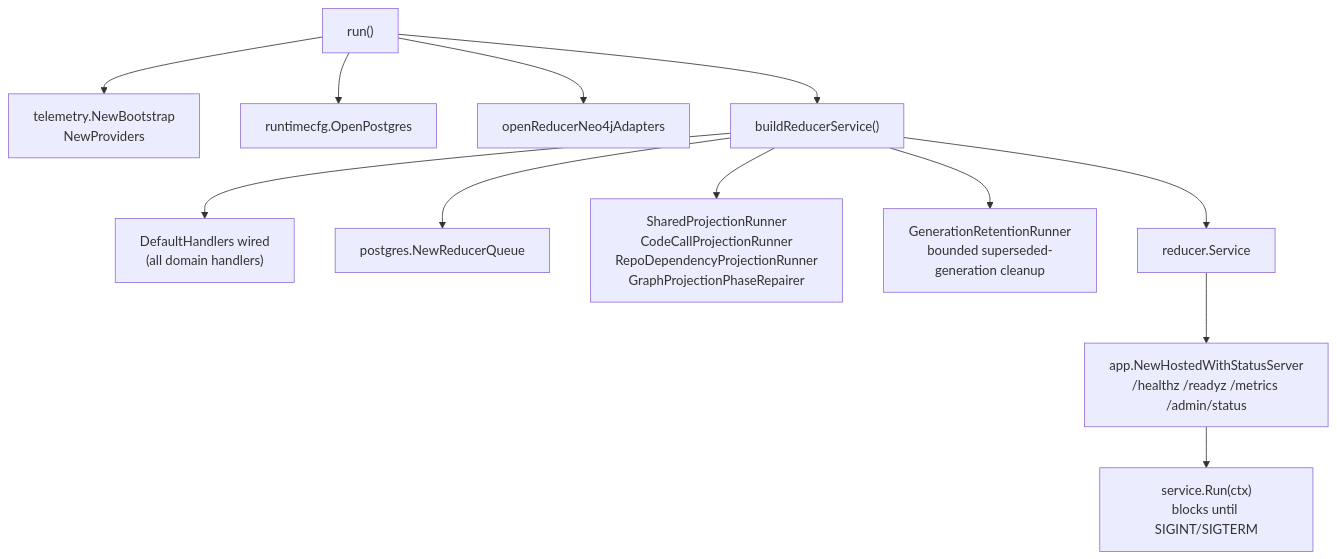
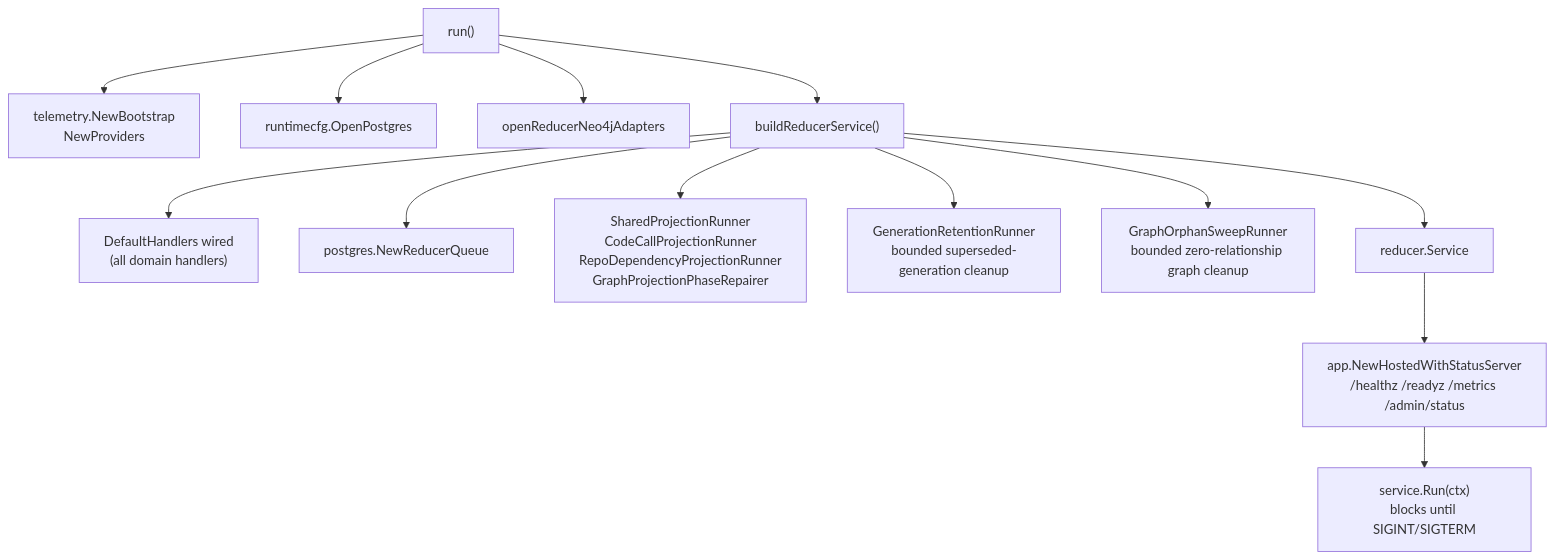
The second of 2 diagrams in go/cmd/reducer/README.md (eshu-hq/eshu), drawn with Mermaid before and after one commit. The commit also changed other lines of this file and 34 other files, not shown here.

Commit message:
reducer: add graph orphan sweep

````diff
--- a/go/cmd/reducer/README.md
+++ b/go/cmd/reducer/README.md
@@ -25,14 +25,15 @@
 ```mermaid
 flowchart TB
   run["run()"] --> Telemetry["telemetry.NewBootstrap\nNewProviders"]
   run --> DB["runtimecfg.OpenPostgres"]
   run --> Graph["openReducerNeo4jAdapters"]
   run --> Build["buildReducerService()"]
   Build --> Handlers["DefaultHandlers wired\n(all domain handlers)"]
   Build --> Queue["postgres.NewReducerQueue"]
   Build --> Runners["SharedProjectionRunner\nCodeCallProjectionRunner\nRepoDependencyProjectionRunner\nGraphProjectionPhaseRepairer"]
   Build --> Retention["GenerationRetentionRunner\nbounded superseded-generation cleanup"]
+  Build --> OrphanSweep["GraphOrphanSweepRunner\nbounded zero-relationship graph cleanup"]
   Build --> SvcObj["reducer.Service"]
   SvcObj --> AdminSurface["app.NewHostedWithStatusServer\n/healthz /readyz /metrics /admin/status"]
   AdminSurface --> RunLoop["service.Run(ctx)\nblocks until SIGINT/SIGTERM"]
 ```
````
